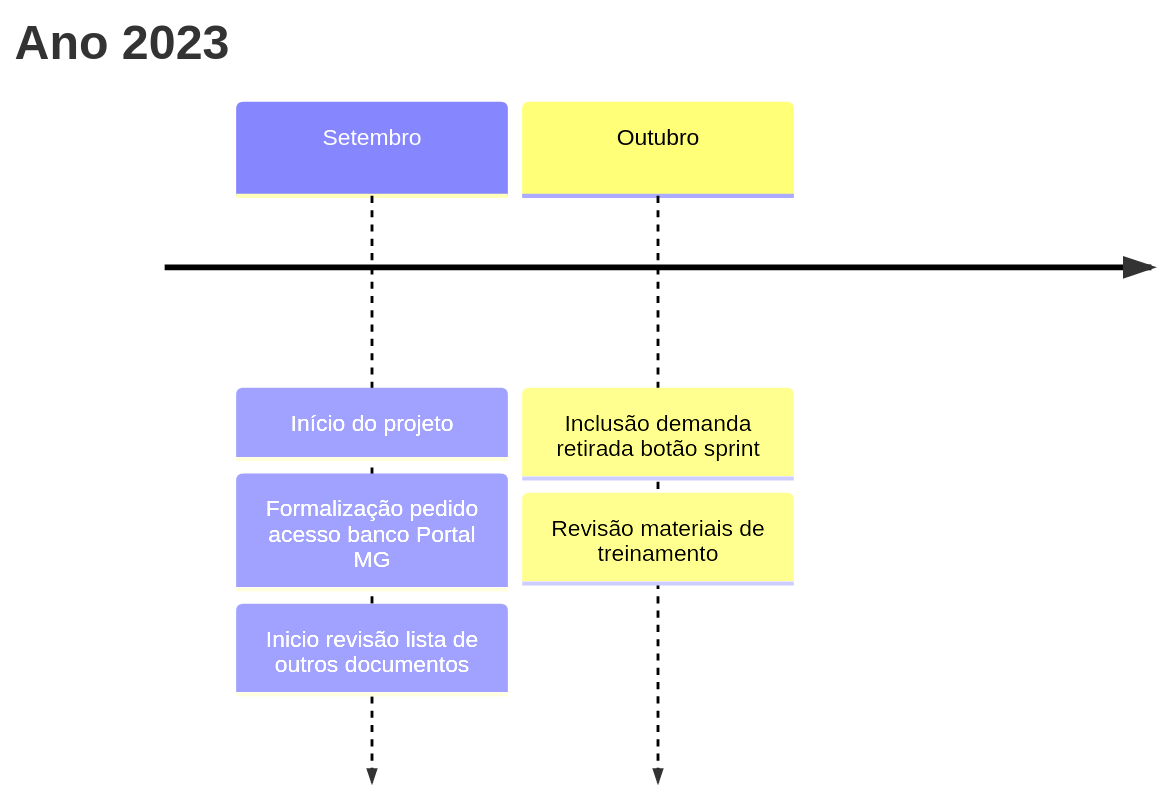
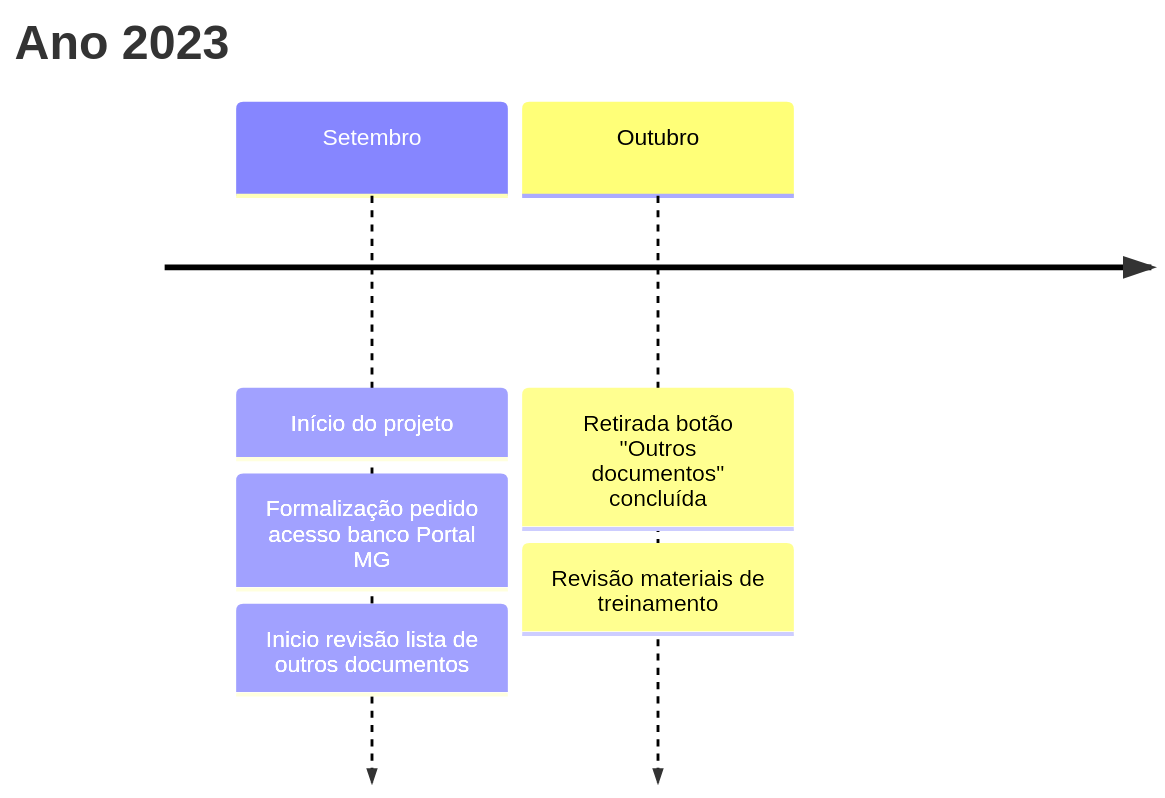
One commit to lab-mg/handbook changed the first of 3 diagrams in docs/linha_do_tempo/mapa_transformacao.md. Above: the diagram before and after it, drawn with Mermaid. The commit also changed other lines of this file, not shown here.

Commit message:
Atualização time line mapa transformação

````diff
--- a/docs/linha_do_tempo/mapa_transformacao.md
+++ b/docs/linha_do_tempo/mapa_transformacao.md
@@ -21,9 +21,9 @@
 ```mermaid
 timeline
     title Ano 2023
     Setembro : Início do projeto
              : Formalização pedido acesso banco Portal MG
              : Inicio revisão lista de outros documentos
-    Outubro  : Inclusão demanda retirada botão sprint
+    Outubro  : Retirada botão "Outros documentos" concluída
              : Revisão materiais de treinamento
 ```
````
